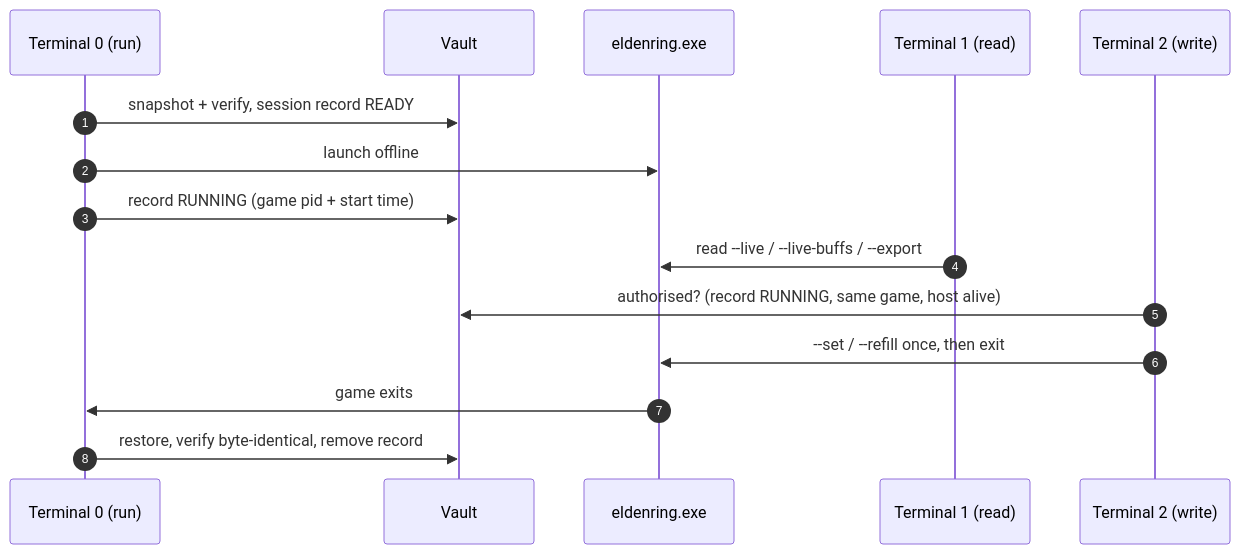
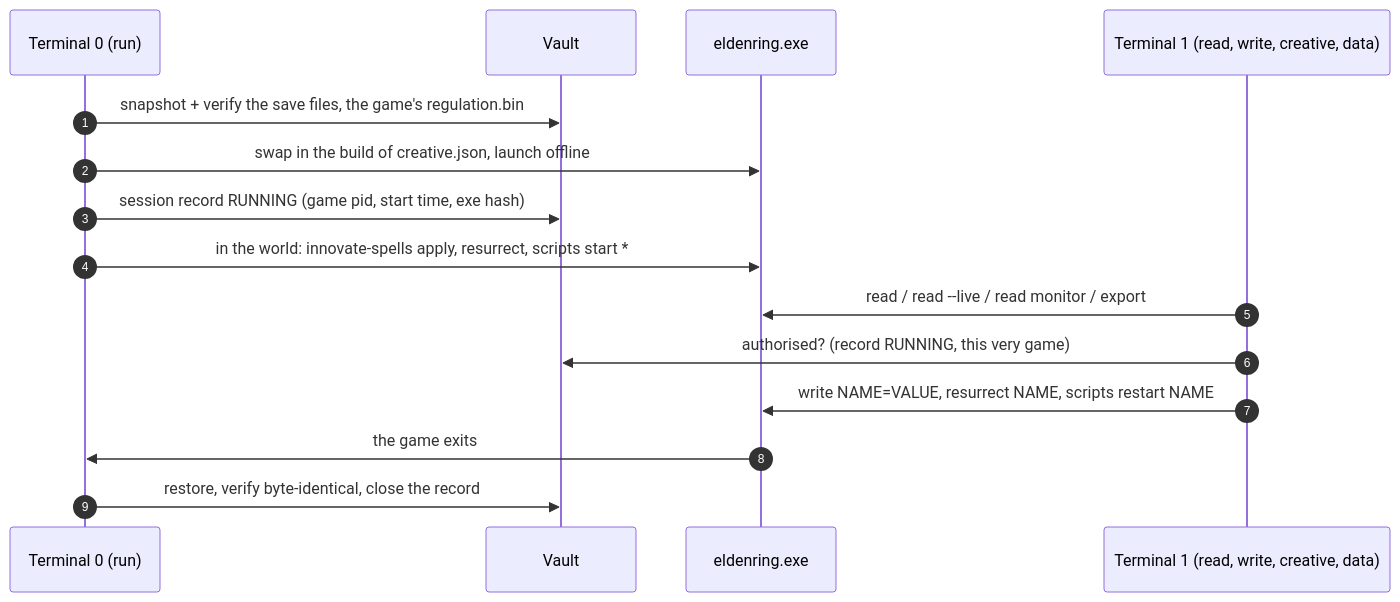
Before and after one commit to publicwasant/Elden-Disk: the diagram in README.md, drawn with Mermaid. The commit also changed other lines of this file and 164 other files, not shown here.

````diff
--- a/README.md
+++ b/README.md
@@ -26,18 +40,18 @@
 ```mermaid
 sequenceDiagram
     autonumber
     participant T0 as Terminal 0 (run)
     participant V as Vault
     participant G as eldenring.exe
-    participant T1 as Terminal 1 (read)
-    participant T2 as Terminal 2 (write)
+    participant T1 as Terminal 1 (read, write, creative, data)
 
-    T0->>V: snapshot + verify, session record READY
-    T0->>G: launch offline
-    T0->>V: record RUNNING (game pid + start time)
-    T1->>G: read --live / --live-buffs / --export
-    T2->>V: authorised? (record RUNNING, same game, host alive)
-    T2->>G: --set / --refill once, then exit
-    G->>T0: game exits
-    T0->>V: restore, verify byte-identical, remove record
+    T0->>V: snapshot + verify the save files, the game's regulation.bin
+    T0->>G: swap in the build of creative.json, launch offline
+    T0->>V: session record RUNNING (game pid, start time, exe hash)
+    T0->>G: in the world: innovate-spells apply, resurrect, scripts start *
+    T1->>G: read / read --live / read monitor / export
+    T1->>V: authorised? (record RUNNING, this very game)
+    T1->>G: write NAME=VALUE, resurrect NAME, scripts restart NAME
+    G->>T0: the game exits
+    T0->>V: restore, verify byte-identical, close the record
 ```
````
